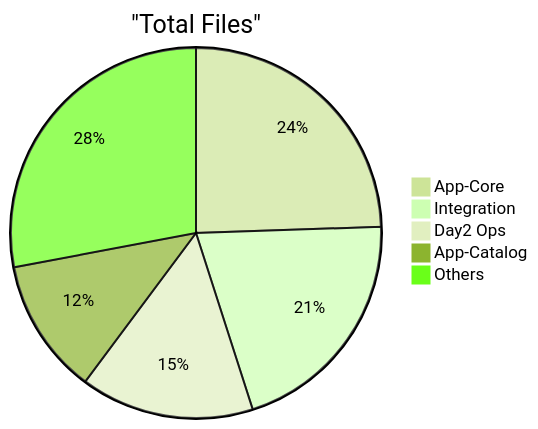
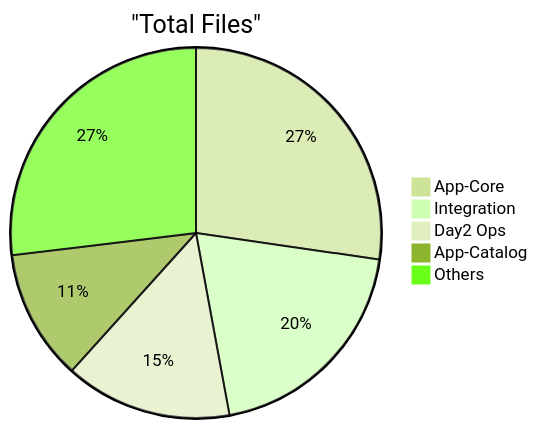
Before and after one commit to nubenetes/terraform-azure-devops: diagram 18 of 21 in README.md, drawn with Mermaid (forest theme). The commit also changed other lines of this file and 1 other file, not shown here.

````diff
--- a/README.md
+++ b/README.md
@@ -1356,8 +1356,8 @@
 ```mermaid
 pie title "Total Files"
-    "App-Core" : 126
+    "App-Core" : 146
     "Integration" : 106
     "Day2 Ops" : 78
     "App-Catalog" : 61
     "Others" : 144
 ```
````
